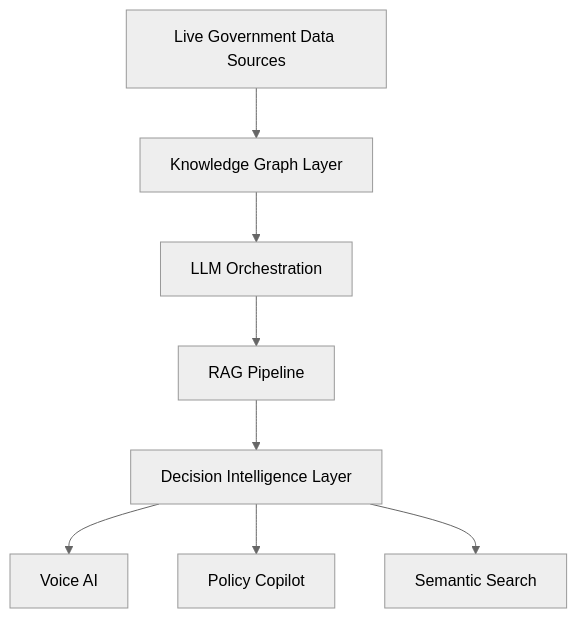
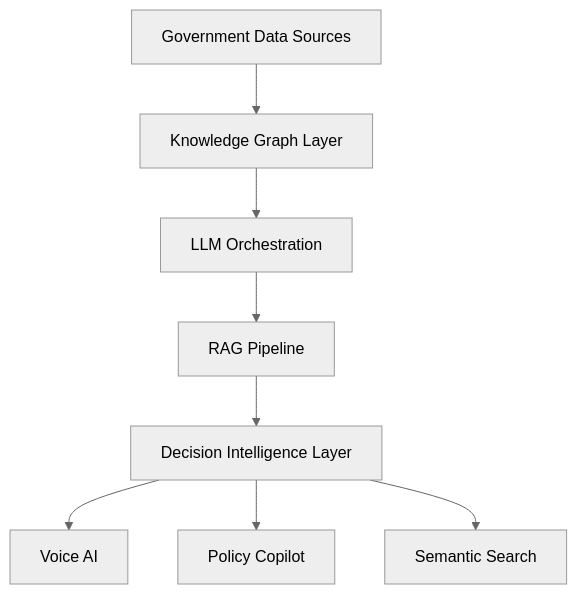
Before and after one commit to Manasvi-Gangrade/Manasvi-Gangrade: the diagram in README.md, drawn with Mermaid (neutral theme). The commit also changed other lines of this file, not shown here.

````diff
--- a/README.md
+++ b/README.md
@@ -135,14 +143,14 @@
 ```mermaid
 graph TD
 
-A[Live Government Data Sources]
+A[Government Data Sources]
 --> B[Knowledge Graph Layer]
 
 B --> C[LLM Orchestration]
 C --> D[RAG Pipeline]
 D --> E[Decision Intelligence Layer]
 
 E --> F[Voice AI]
 E --> G[Policy Copilot]
 E --> H[Semantic Search]
 ```
````
